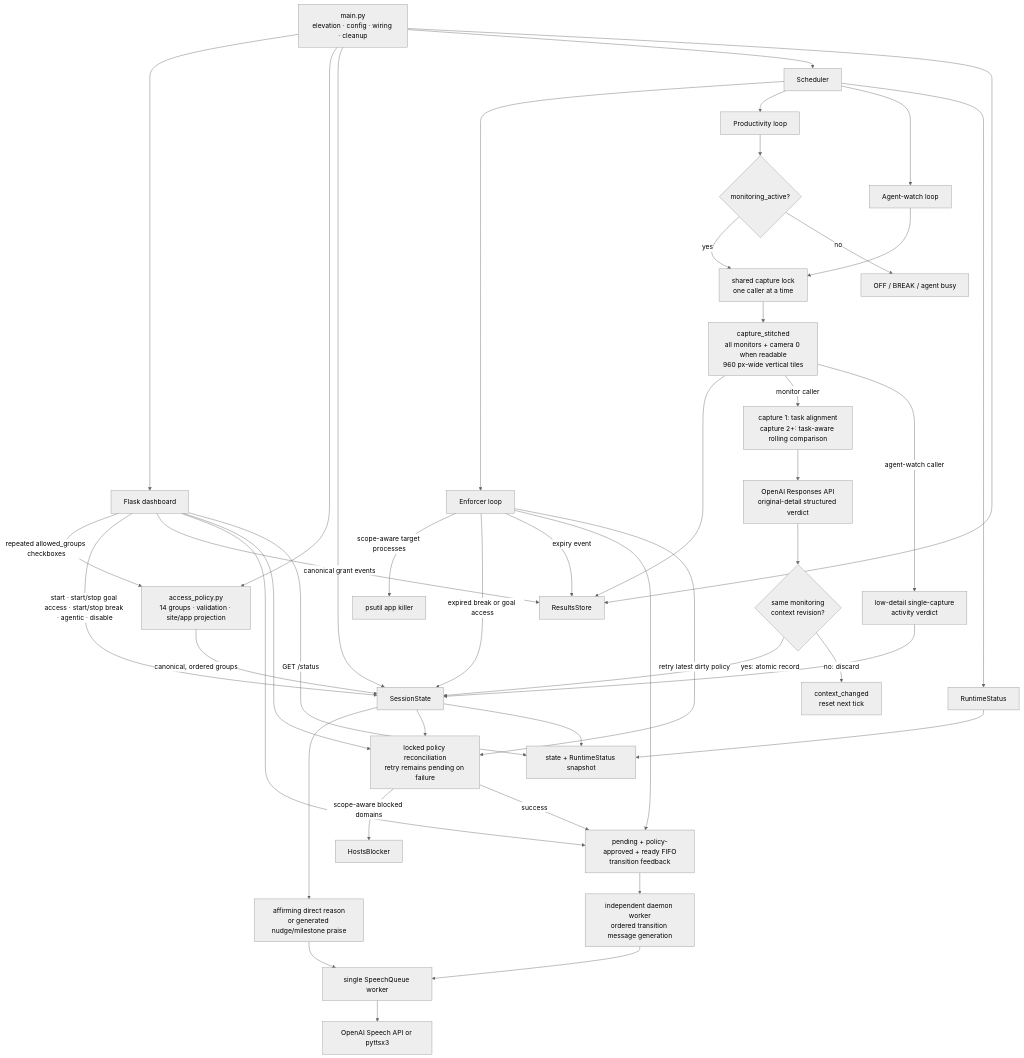
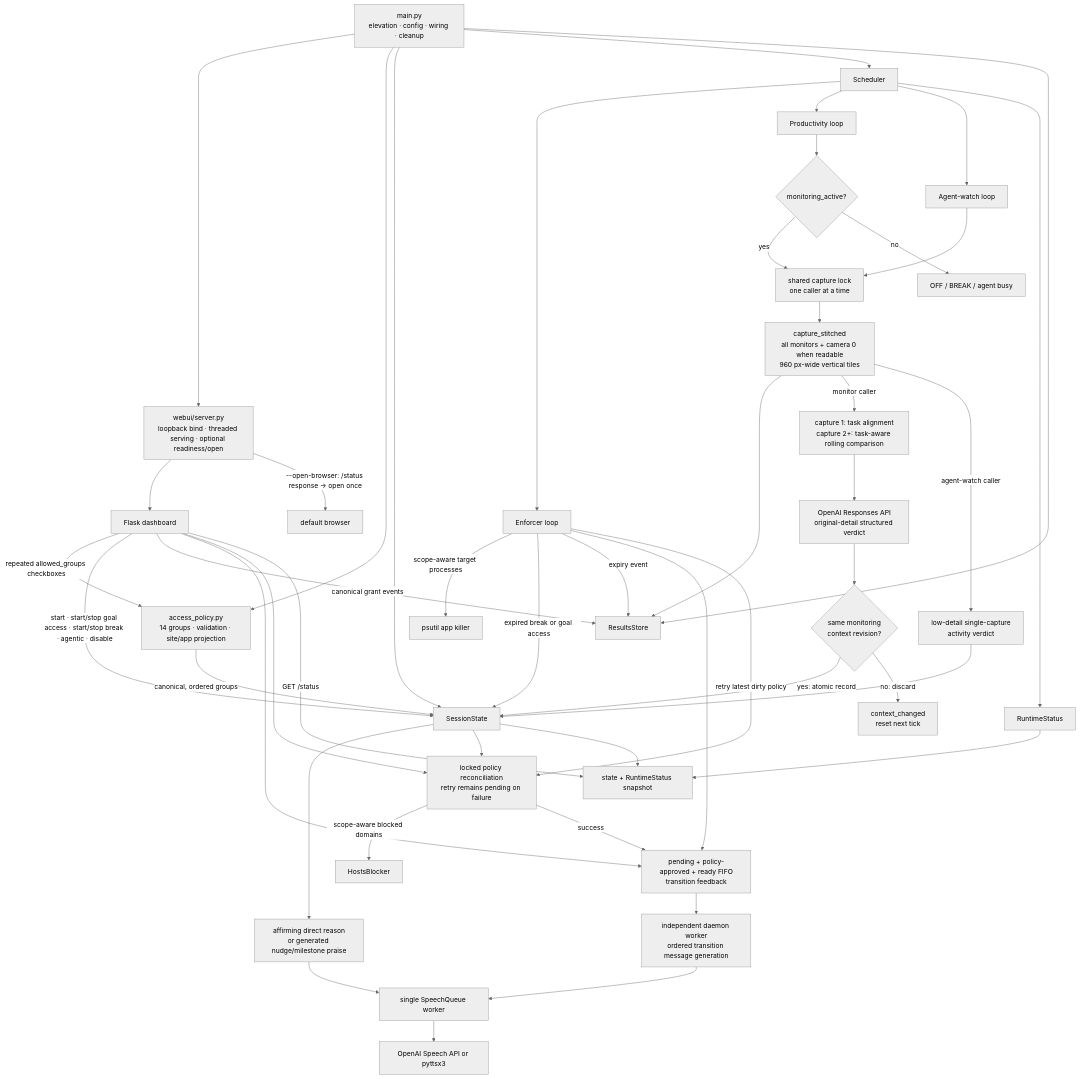
Before and after one commit to BurnyCoder/deep-work-jarvis-waifu-supervisor: the diagram in README.md, drawn with Mermaid (neutral theme). The commit also changed other lines of this file and 10 other files, not shown here.

Commit message:
Open dashboard after server readiness

````diff
--- a/README.md
+++ b/README.md
@@ -250,52 +253,54 @@
 ```mermaid
 flowchart TD
-    Main["main.py<br/>elevation · config · wiring · cleanup"] --> UI["Flask dashboard"]
+    Main["main.py<br/>elevation · config · wiring · cleanup"] --> Server["webui/server.py<br/>loopback bind · threaded serving · optional readiness/open"]
+    Server --> UI["Flask dashboard"]
+    Server -- "--open-browser: /status response → open once" --> Browser["default browser"]
     Main --> Policy["access_policy.py<br/>14 groups · validation · site/app projection"]
     Main --> State["SessionState"]
     Main --> Scheduler["Scheduler"]
     Main --> Store["ResultsStore"]
 
     UI -- "repeated allowed_groups checkboxes" --> Policy
     Policy -- "canonical, ordered groups" --> State
     UI -- "start · start/stop goal access · start/stop break · agentic · disable" --> State
     UI -- "canonical grant events" --> Store
     UI --> GoalFeedback["pending + policy-approved + ready FIFO<br/>transition feedback"]
     UI --> Reconcile["locked policy reconciliation<br/>retry remains pending on failure"]
     UI -- "GET /status" --> Status["state + RuntimeStatus snapshot"]
 
     Scheduler --> Enforcer["Enforcer loop"]
     Enforcer -- "scope-aware target processes" --> AppKiller["psutil app killer"]
     Enforcer -- "expired break or goal access" --> State
     Enforcer -- "expiry event" --> Store
     Enforcer --> GoalFeedback
     Enforcer -- "retry latest dirty policy" --> Reconcile
     Reconcile -- "scope-aware blocked domains" --> Hosts["HostsBlocker"]
     Reconcile -- "success" --> GoalFeedback
     GoalFeedback --> TransitionVoice["independent daemon worker<br/>ordered transition message generation"]
 
     Scheduler --> Monitor["Productivity loop"]
     Monitor --> Gate{"monitoring_active?"}
     Gate -- "yes" --> CaptureLock["shared capture lock<br/>one caller at a time"]
     Gate -- "no" --> Paused["OFF / BREAK / agent busy"]
     CaptureLock --> Capture["capture_stitched<br/>all monitors + camera 0 when readable<br/>960 px-wide vertical tiles"]
     Capture --> Store
     Capture -- "monitor caller" --> Analyzer["capture 1: task alignment<br/>capture 2+: task-aware rolling comparison"]
     Analyzer --> Vision["OpenAI Responses API<br/>original-detail structured verdict"]
     Vision --> ContextGate{"same monitoring<br/>context revision?"}
     ContextGate -- "yes: atomic record" --> State
     ContextGate -- "no: discard" --> Stale["context_changed<br/>reset next tick"]
     State --> Feedback["affirming direct reason<br/>or generated nudge/milestone praise"]
     Feedback --> Speech["single SpeechQueue worker"]
     TransitionVoice --> Speech
     Speech --> TTS["OpenAI Speech API or pyttsx3"]
 
     Scheduler --> AgentWatch["Agent-watch loop"]
     AgentWatch --> CaptureLock
     Capture -- "agent-watch caller" --> AgentVision["low-detail single-capture<br/>activity verdict"]
     AgentVision --> State
     State --> Reconcile
 
     Scheduler --> Runtime["RuntimeStatus"]
     Runtime --> Status
     State --> Status
 ```
````
